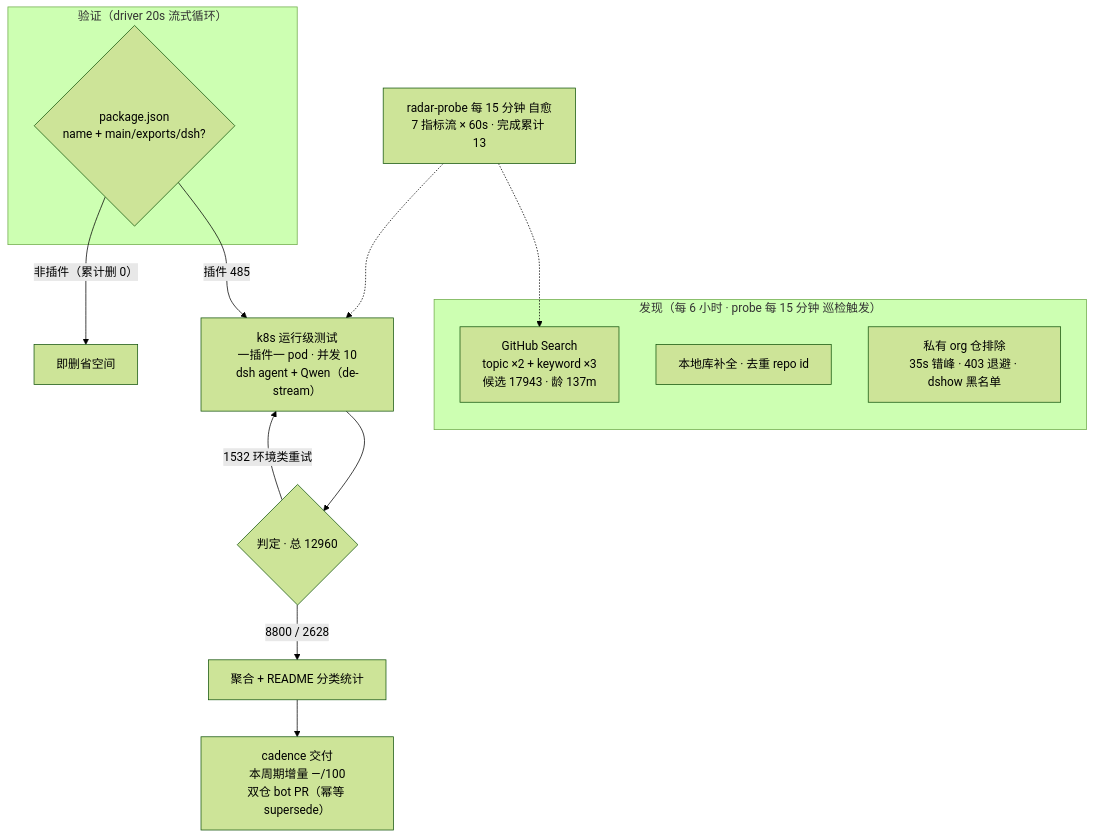
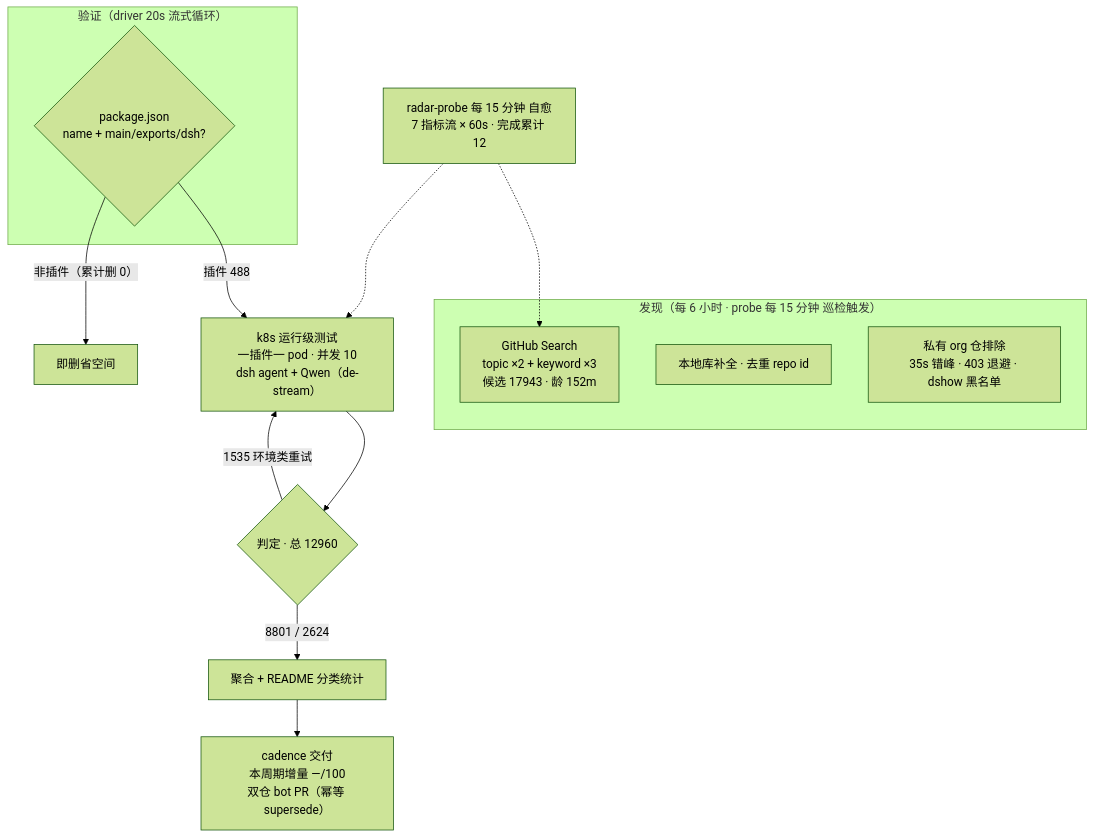
The diagram in README.md (AdamPlatin123/awesome-dsh-plugins), drawn with Mermaid (forest theme) before and after one commit. The commit also changed other lines of this file and 5 other files, not shown here.

````diff
--- a/README.md
+++ b/README.md
@@ -52,20 +52,20 @@
 ```mermaid
 flowchart TB
     subgraph Discovery["发现（每 6 小时 · probe 每 15 分钟 巡检触发）"]
-        A1["GitHub Search<br/>topic ×2 + keyword ×3<br/>候选 17943 · 龄 137m"]
+        A1["GitHub Search<br/>topic ×2 + keyword ×3<br/>候选 17943 · 龄 152m"]
         A2["本地库补全 · 去重 repo id"]
         A3["私有 org 仓排除<br/>35s 错峰 · 403 退避 · dshow 黑名单"]
     end
     subgraph Validation["验证（driver 20s 流式循环）"]
         B1{"package.json<br/>name + main/exports/dsh?"}
     end
-    B1 -->|"插件 485"| C1["k8s 运行级测试<br/>一插件一 pod · 并发 10<br/>dsh agent + Qwen（de-stream）"]
+    B1 -->|"插件 488"| C1["k8s 运行级测试<br/>一插件一 pod · 并发 10<br/>dsh agent + Qwen（de-stream）"]
     B1 -->|"非插件（累计删 0）"| B3["即删省空间"]
     C1 --> D1{"判定 · 总 12960"}
-    D1 -->|"8800 / 2628"| E1["聚合 + README 分类统计"]
-    D1 -->|"1532 环境类重试"| C1
+    D1 -->|"8801 / 2624"| E1["聚合 + README 分类统计"]
+    D1 -->|"1535 环境类重试"| C1
     E1 --> E2["cadence 交付<br/>本周期增量 —/100<br/>双仓 bot PR（幂等 supersede）"]
-    M["radar-probe 每 15 分钟 自愈<br/>7 指标流 × 60s · 完成累计 13"]
+    M["radar-probe 每 15 分钟 自愈<br/>7 指标流 × 60s · 完成累计 12"]
     M -.-> A1
     M -.-> C1
 ```
````
